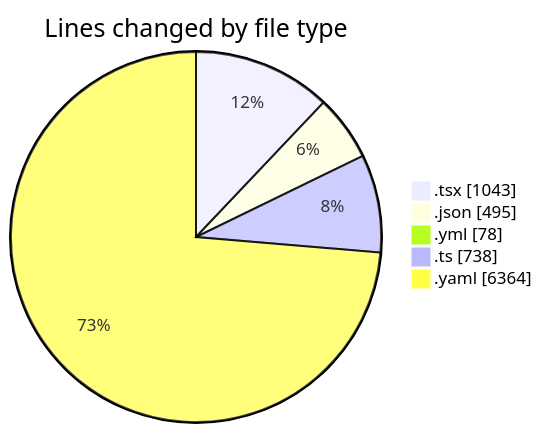
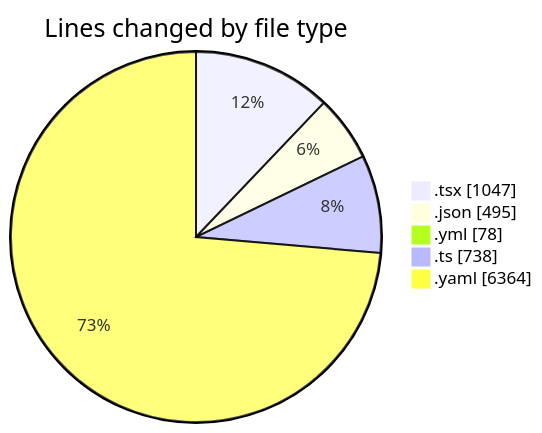
Before and after one commit to julien-gomy/code-tracking: the first of 2 diagrams in 2025-11-27/eventscop-frontend-guide__workspace_/README.md, drawn with Mermaid. The commit also changed other lines of this file and 1 other file, not shown here.

````diff
--- a/2025-11-27/eventscop-frontend-guide__workspace_/README.md
+++ b/2025-11-27/eventscop-frontend-guide__workspace_/README.md
@@ -45,9 +45,9 @@
 ```mermaid
 pie showData
 title Lines changed by file type
-".tsx" : 1043
+".tsx" : 1047
 ".json" : 495
 ".yml" : 78
 ".ts" : 738
 ".yaml" : 6364
 ```
````
